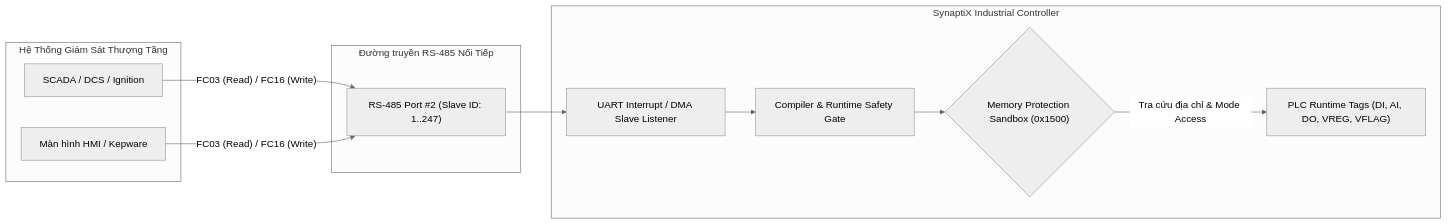
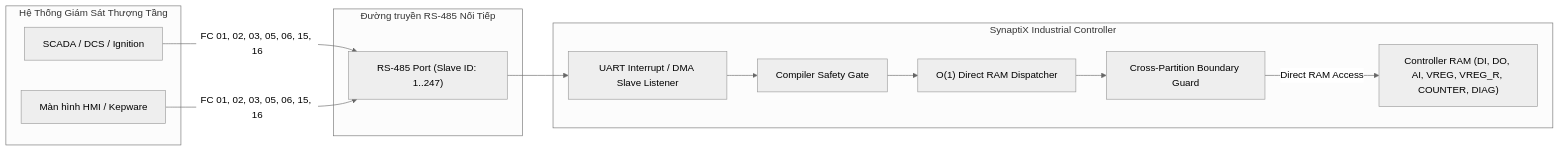
One commit to ngoxuanloc2309/paa changed the diagram in docs/manuals/MODBUS_SLAVE_MAPPING_AND_SCADA_INTEGRATION_MANUAL.md. Above: the diagram before and after it, drawn with Mermaid (neutral theme). The commit also changed other lines of this file and 97 other files, not shown here.

````diff
--- a/docs/manuals/MODBUS_SLAVE_MAPPING_AND_SCADA_INTEGRATION_MANUAL.md
+++ b/docs/manuals/MODBUS_SLAVE_MAPPING_AND_SCADA_INTEGRATION_MANUAL.md
@@ -14,25 +18,27 @@
 ```mermaid
 flowchart LR
     subgraph External["Hệ Thống Giám Sát Thượng Tầng"]
         SCADA["SCADA / DCS / Ignition"]
         HMI["Màn hình HMI / Kepware"]
     end
 
     subgraph Bus["Đường truyền RS-485 Nối Tiếp"]
-        Port2["RS-485 Port #2 (Slave ID: 1..247)"]
+        Port2["RS-485 Port (Slave ID: 1..247)"]
     end
 
     subgraph Controller["SynaptiX Industrial Controller"]
         Driver["UART Interrupt / DMA Slave Listener"]
-        Gate["Compiler & Runtime Safety Gate"]
-        Sandbox{"Memory Protection Sandbox (0x1500)"}
-        Tags["PLC Runtime Tags (DI, AI, DO, VREG, VFLAG)"]
+        Gate["Compiler Safety Gate"]
+        Dispatch["O(1) Direct RAM Dispatcher"]
+        Protection["Cross-Partition Boundary Guard"]
+        Memory["Controller RAM (DI, DO, AI, VREG, VREG_R, COUNTER, DIAG)"]
     end
 
-    SCADA -->|"FC03 (Read) / FC16 (Write)"| Port2
-    HMI -->|"FC03 (Read) / FC16 (Write)"| Port2
+    SCADA -->|"FC 01, 02, 03, 05, 06, 15, 16"| Port2
+    HMI -->|"FC 01, 02, 03, 05, 06, 15, 16"| Port2
     Port2 --> Driver
     Driver --> Gate
-    Gate --> Sandbox
-    Sandbox -->|"Tra cứu địa chỉ & Mode Access"| Tags
+    Gate --> Dispatch
+    Dispatch --> Protection
+    Protection -->|"Direct RAM Access"| Memory
 ```
````
